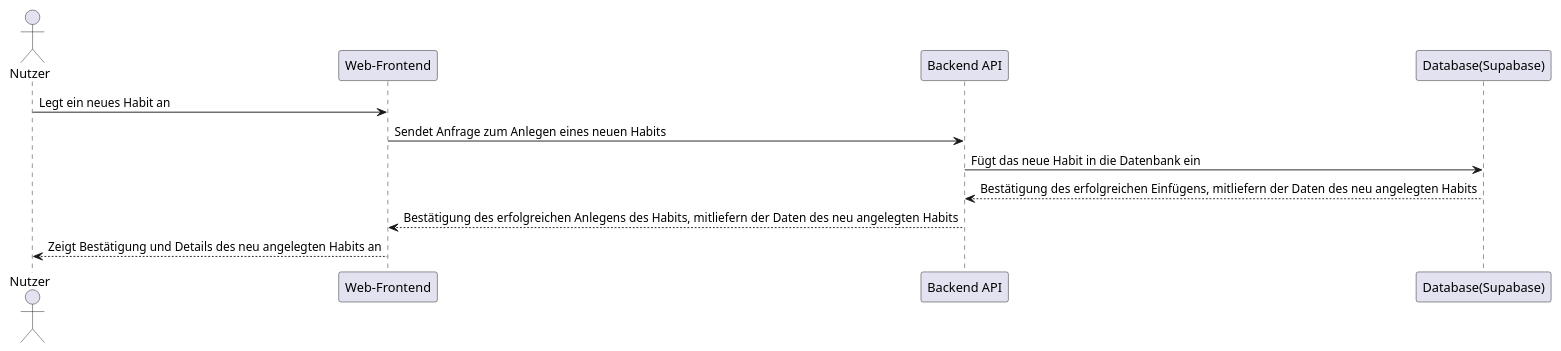
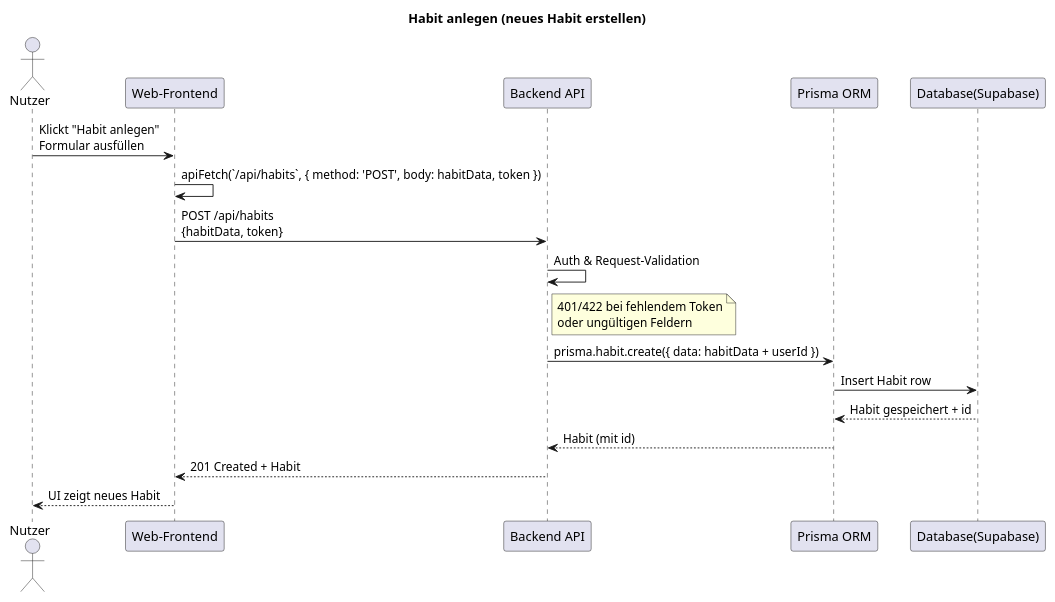
One commit to 1tristan0/SE-HabitTracker-3.B changed the diagram in docs/architecture/plantuml/sequenz_habit_anlegen.puml. Above: the diagram before and after it, drawn with PlantUML. The commit also changed 2 other files, not shown here.

Commit message:
Sequenzdiagramm und c4 Modell Ebene 3

```diff
--- a/docs/architecture/plantuml/sequenz_habit_anlegen.puml
+++ b/docs/architecture/plantuml/sequenz_habit_anlegen.puml
@@ -1,12 +1,21 @@
 @startuml
+title Habit anlegen (neues Habit erstellen)
+
 actor Nutzer as user
 participant "Web-Frontend" as frontend
 participant "Backend API" as backend
+participant "Prisma ORM" as prisma
 participant "Database(Supabase)" as database
-user -> frontend: Legt ein neues Habit an
-frontend -> backend: Sendet Anfrage zum Anlegen eines neuen Habits
-backend -> database: Fügt das neue Habit in die Datenbank ein
-database --> backend: Bestätigung des erfolgreichen Einfügens, mitliefern der Daten des neu angelegten Habits
-backend --> frontend: Bestätigung des erfolgreichen Anlegens des Habits, mitliefern der Daten des neu angelegten Habits
-frontend --> user: Zeigt Bestätigung und Details des neu angelegten Habits an
+
+user -> frontend: Klickt "Habit anlegen"\nFormular ausfüllen
+frontend -> frontend: apiFetch(`/api/habits`, { method: 'POST', body: habitData, token })
+frontend -> backend: POST /api/habits\n{habitData, token}
+backend -> backend: Auth & Request-Validation
+note right of backend: 401/422 bei fehlendem Token\noder ungültigen Feldern
+backend -> prisma: prisma.habit.create({ data: habitData + userId })
+prisma -> database: Insert Habit row
+database --> prisma: Habit gespeichert + id
+prisma --> backend: Habit (mit id)
+backend --> frontend: 201 Created + Habit
+frontend --> user: UI zeigt neues Habit
 @enduml
```
